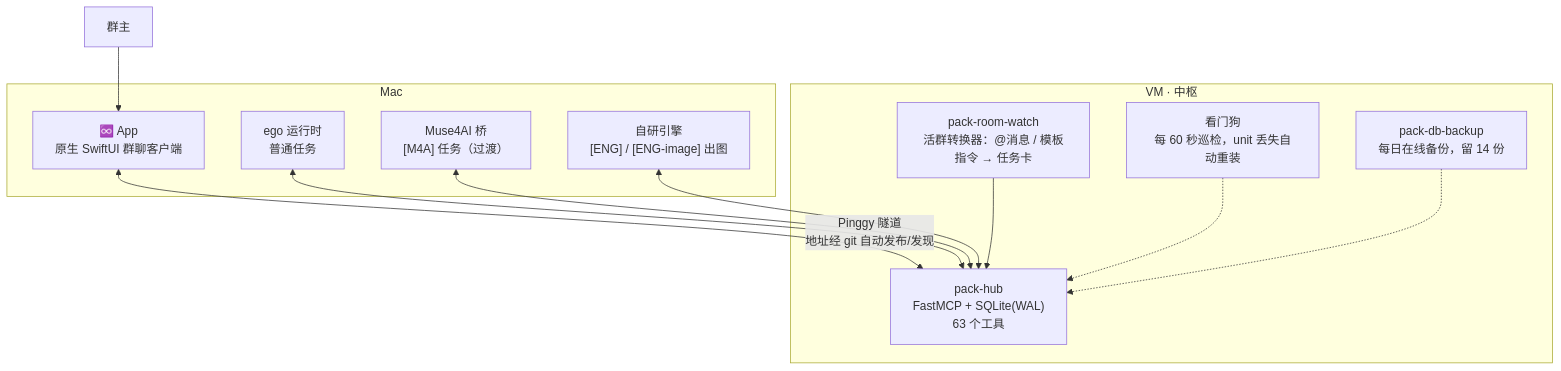
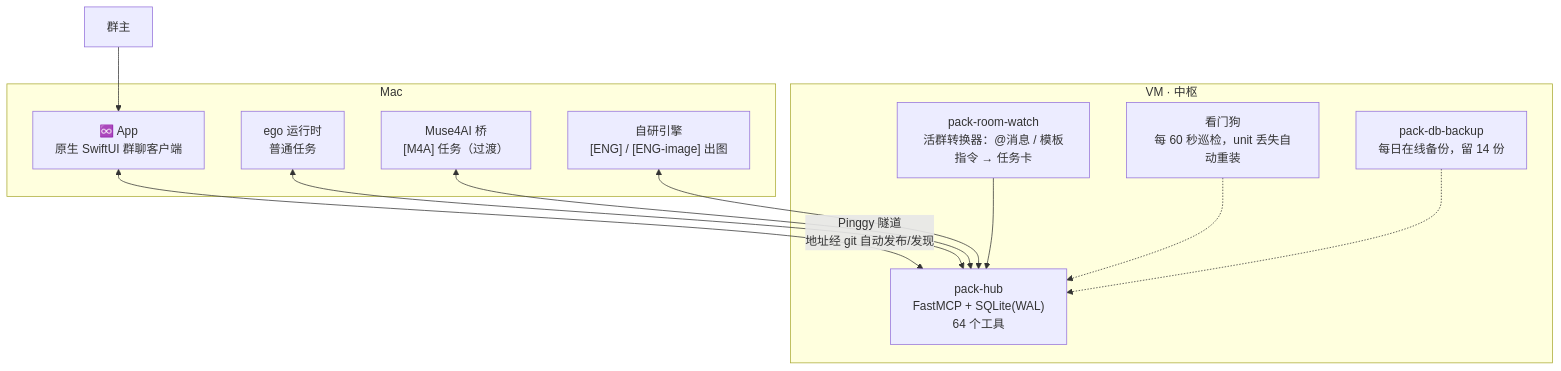
One commit to cyou1314/Pack changed the first of 2 diagrams in README.md. Above: the diagram before and after it, drawn with Mermaid. The commit also changed other lines of this file, not shown here.

````diff
--- a/README.md
+++ b/README.md
@@ -58,24 +58,24 @@
 ```mermaid
 flowchart TB
     subgraph VM["VM · 中枢"]
-        HUB["pack-hub<br/>FastMCP + SQLite(WAL)<br/>63 个工具"]
+        HUB["pack-hub<br/>FastMCP + SQLite(WAL)<br/>64 个工具"]
         WATCH["pack-room-watch<br/>活群转换器：@消息 / 模板指令 → 任务卡"]
         BAK["pack-db-backup<br/>每日在线备份，留 14 份"]
         DOG["看门狗<br/>每 60 秒巡检，unit 丢失自动重装"]
     end
     subgraph MAC["Mac"]
         APP["♾️ App<br/>原生 SwiftUI 群聊客户端"]
         EGO["ego 运行时<br/>普通任务"]
         BRIDGE["Muse4AI 桥<br/>[M4A] 任务（过渡）"]
         ENG["自研引擎<br/>[ENG] / [ENG-image] 出图"]
     end
     OWNER["群主"]
     OWNER --> APP
     APP <-->|"Pinggy 隧道<br/>地址经 git 自动发布/发现"| HUB
     EGO <--> HUB
     BRIDGE <--> HUB
     ENG <--> HUB
     WATCH --> HUB
     DOG -.-> HUB
     BAK -.-> HUB
 ```
````
